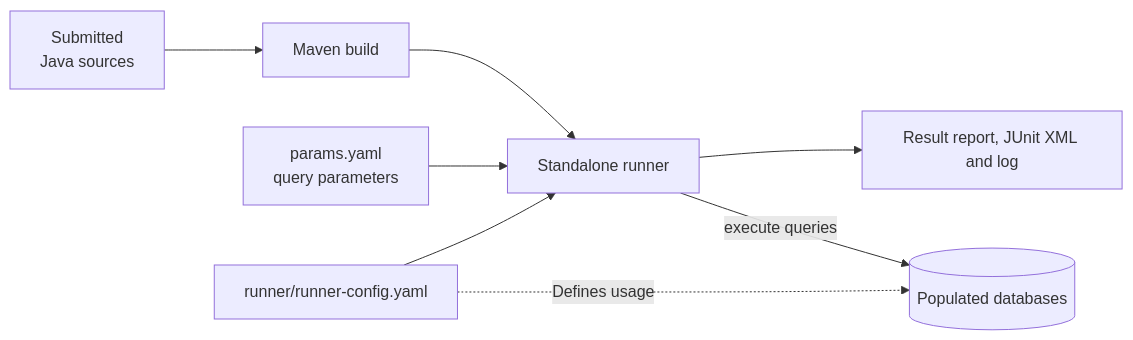
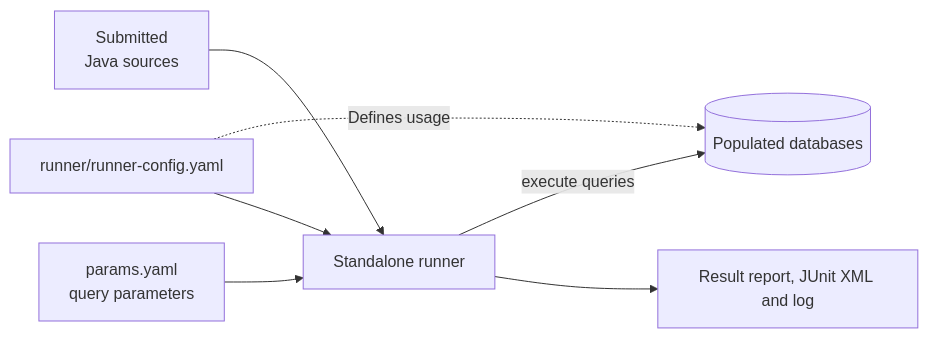
The first of 3 diagrams in docs/RUNNER_ARCHITECTURE.md (SimekJan/oxm-benchmark), drawn with Mermaid before and after one commit. The commit also changed other lines of this file and 36 other files, not shown here.

````diff
--- a/docs/RUNNER_ARCHITECTURE.md
+++ b/docs/RUNNER_ARCHITECTURE.md
@@ -7,11 +7,10 @@
 ```mermaid
 flowchart LR
     DB[("Populated databases")]
-    SRC["Submitted<br/>Java sources"] --> BUILD["Maven build"]
-    BUILD --> RUN["Standalone runner"]
+    SRC["Submitted<br/>Java sources"] --> RUN["Standalone runner"]
     PARAMS["params.yaml<br/>query parameters"] --> RUN
     CONFIG["runner/runner-config.yaml"] -. Defines usage .-> DB
     CONFIG --> RUN
     RUN -->|execute queries| DB
     RUN --> OUT["Result report, JUnit XML and log"]
 ```
````
